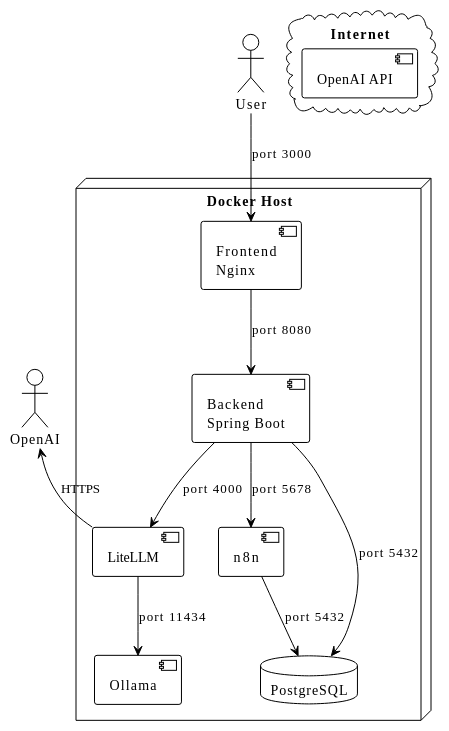
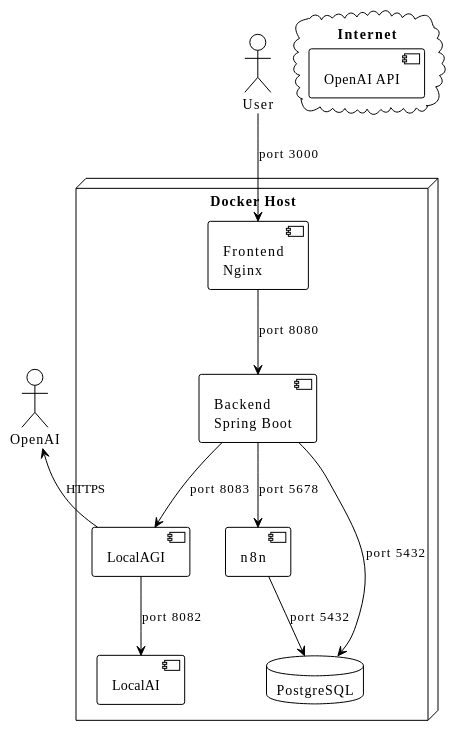
The fourth of 4 diagrams in docs/architecture/SYSTEM_OVERVIEW.md (masssi164/chatbot), drawn with PlantUML before and after one commit. The commit also changed other lines of this file and 20 other files, not shown here.

````diff
--- a/docs/architecture/SYSTEM_OVERVIEW.md
+++ b/docs/architecture/SYSTEM_OVERVIEW.md
@@ -270,31 +270,31 @@
 ```plantuml
 @startuml
 !theme plain
 
 node "Docker Host" {
   component "Frontend\nNginx" as FE
   component "Backend\nSpring Boot" as BE
-  component "LiteLLM" as LLM
+  component "LocalAGI" as AGI
   component "n8n" as N8N
-  component "Ollama" as OLL
+  component "LocalAI" as LAI
   database "PostgreSQL" as DB
   
   FE -down-> BE : port 8080
-  BE -down-> LLM : port 4000
+  BE -down-> AGI : port 8083
   BE -down-> N8N : port 5678
   BE -down-> DB : port 5432
-  LLM -down-> OLL : port 11434
+  AGI -down-> LAI : port 8082
   N8N -down-> DB : port 5432
 }
 
 actor User
 User -down-> FE : port 3000
 
 cloud "Internet" {
   [OpenAI API]
 }
 
-LLM -up-> OpenAI : HTTPS
+AGI -up-> OpenAI : HTTPS
 
 @enduml
 ```
````
